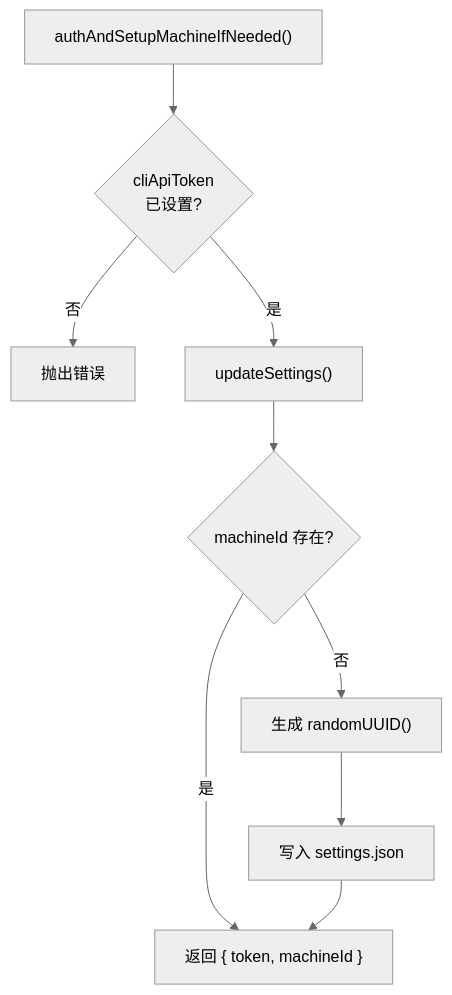
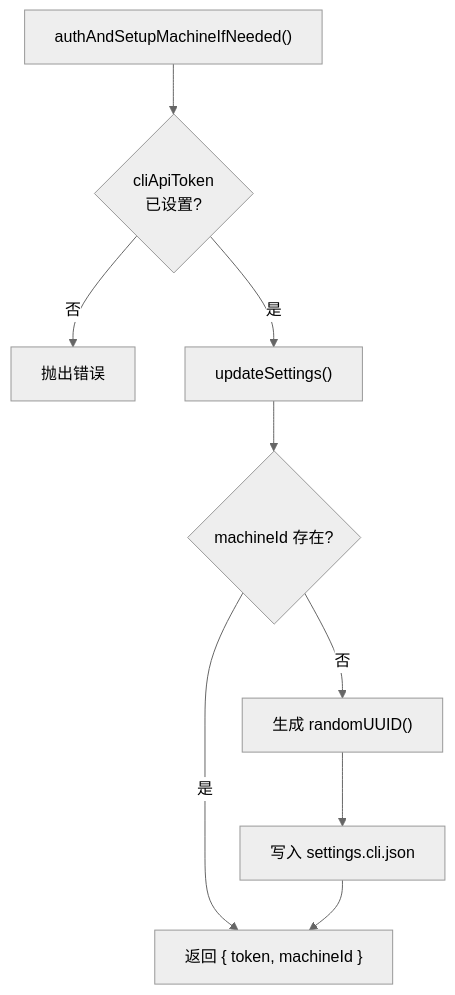
Before and after one commit to ModuBit/mobi: the sixth of 7 diagrams in docs/architecture/cli/commands/auth/README.md, drawn with Mermaid (neutral theme). The commit also changed other lines of this file and 37 other files, not shown here.

First line of the commit message:
feat(hub,cli,docs): 配置文件拆分 settings.hub.json + settings.cli.json，hub 与 cli 支持不同机器部署

````diff
--- a/docs/architecture/cli/commands/auth/README.md
+++ b/docs/architecture/cli/commands/auth/README.md
@@ -134,11 +134,11 @@
 ```mermaid
 flowchart TB
     Start["authAndSetupMachineIfNeeded()"] --> Check{"cliApiToken<br/>已设置?"}
     Check -->|否| Error["抛出错误"]
     Check -->|是| Update["updateSettings()"]
     Update --> HasId{"machineId 存在?"}
     HasId -->|是| Return["返回 { token, machineId }"]
     HasId -->|否| Generate["生成 randomUUID()"]
-    Generate --> Save["写入 settings.json"]
+    Generate --> Save["写入 settings.cli.json"]
     Save --> Return
 ```
````
